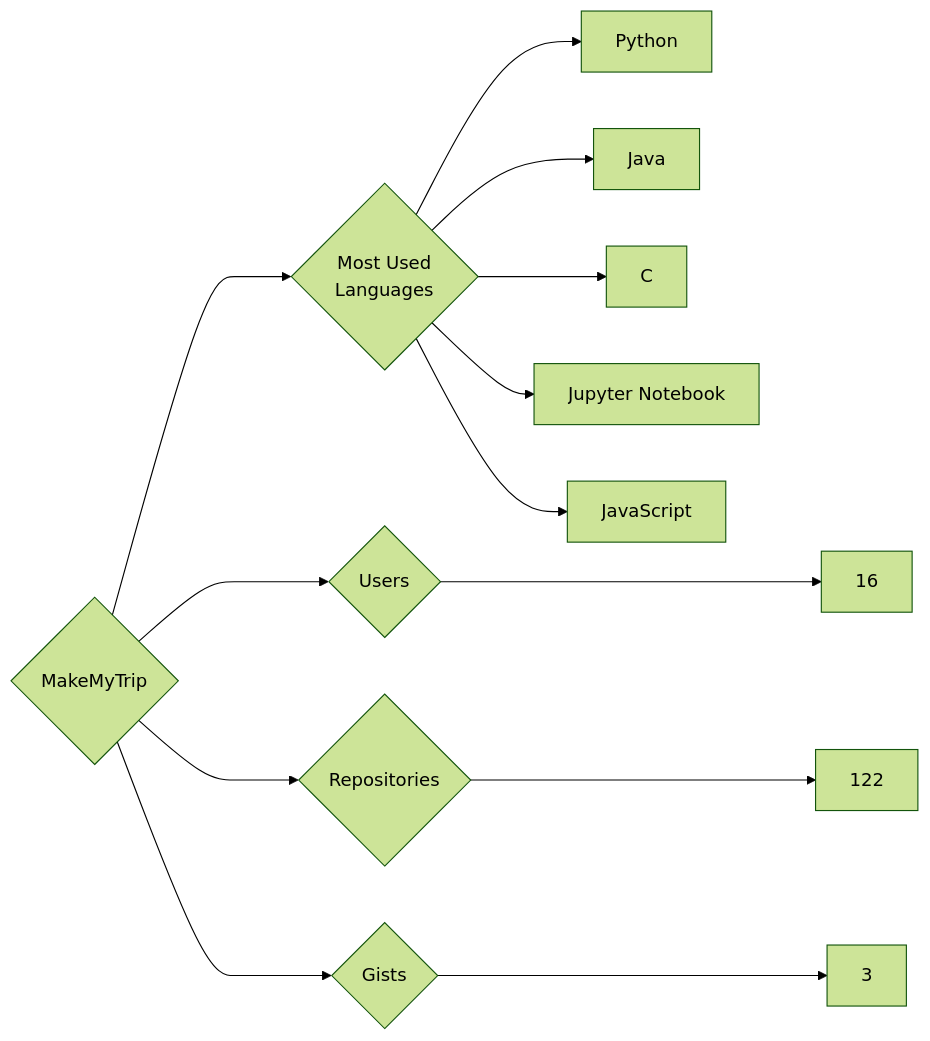
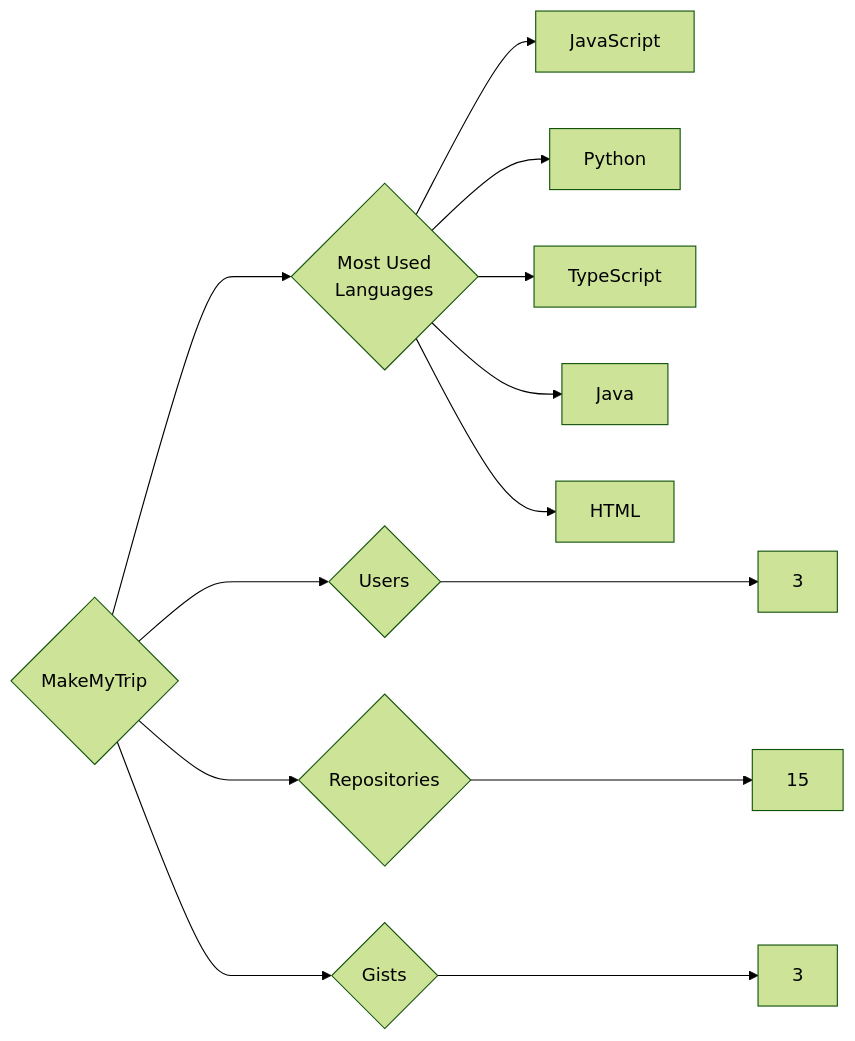
One commit to trickest/insiders changed the diagram in targets/MakeMyTrip/README.md. Above: the diagram before and after it, drawn with Mermaid (forest theme). The commit also changed 1248 other files, not shown here.

````diff
--- a/targets/MakeMyTrip/README.md
+++ b/targets/MakeMyTrip/README.md
@@ -3,13 +3,13 @@
 ```mermaid
 graph LR
 COMPANY_NAME{MakeMyTrip}
-COMPANY_NAME ---> U{Users} ---> UN[16]
-COMPANY_NAME ---> R{Repositories} ---> RN[122]
+COMPANY_NAME ---> U{Users} ---> UN[3]
+COMPANY_NAME ---> R{Repositories} ---> RN[15]
 COMPANY_NAME ---> G{Gists} ---> GN[3]
 COMPANY_NAME ---> ML{Most Used<br>Languages}
+ML --> JavaScript[JavaScript]
 ML --> Python[Python]
+ML --> TypeScript[TypeScript]
 ML --> Java[Java]
-ML --> C[C]
-ML --> Jupyter_Notebook[Jupyter Notebook]
-ML --> JavaScript[JavaScript]
+ML --> HTML[HTML]
 ```
````
